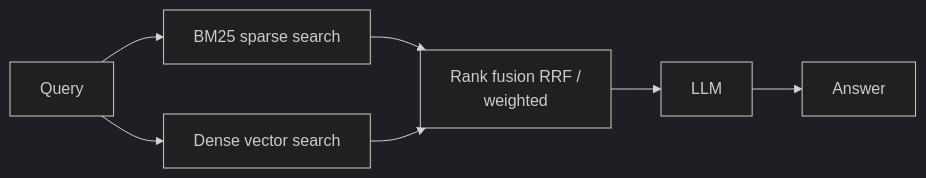
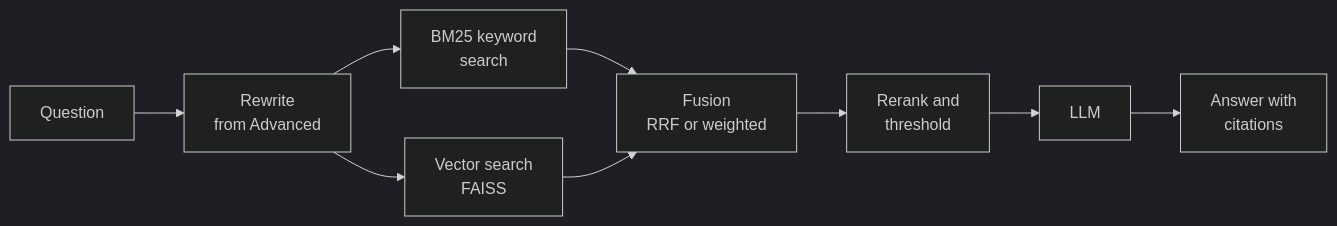
Before and after one commit to ajay-nikumbh/RAG-From-Basics-to-Production: the diagram in 03. Hybrid Search RAG/README.md, drawn with Mermaid (dark theme). The commit also changed other lines of this file and 11 other files, not shown here.

````diff
--- a/03. Hybrid Search RAG/README.md
+++ b/03. Hybrid Search RAG/README.md
@@ -24,7 +44,11 @@
 ```mermaid
 flowchart LR
-    Q[Query] --> S[BM25 sparse search]
-    Q --> D[Dense vector search]
-    S --> F[Rank fusion RRF /<br/>weighted]
-    D --> F --> L[LLM] --> A[Answer]
+    Q[Question] --> RW[Rewrite<br/>from Advanced]
+    RW --> S[BM25 keyword<br/>search]
+    RW --> D[Vector search<br/>FAISS]
+    S --> F[Fusion<br/>RRF or weighted]
+    D --> F
+    F --> RR[Rerank and<br/>threshold]
+    RR --> L[LLM]
+    L --> A[Answer with<br/>citations]
 ```
````
